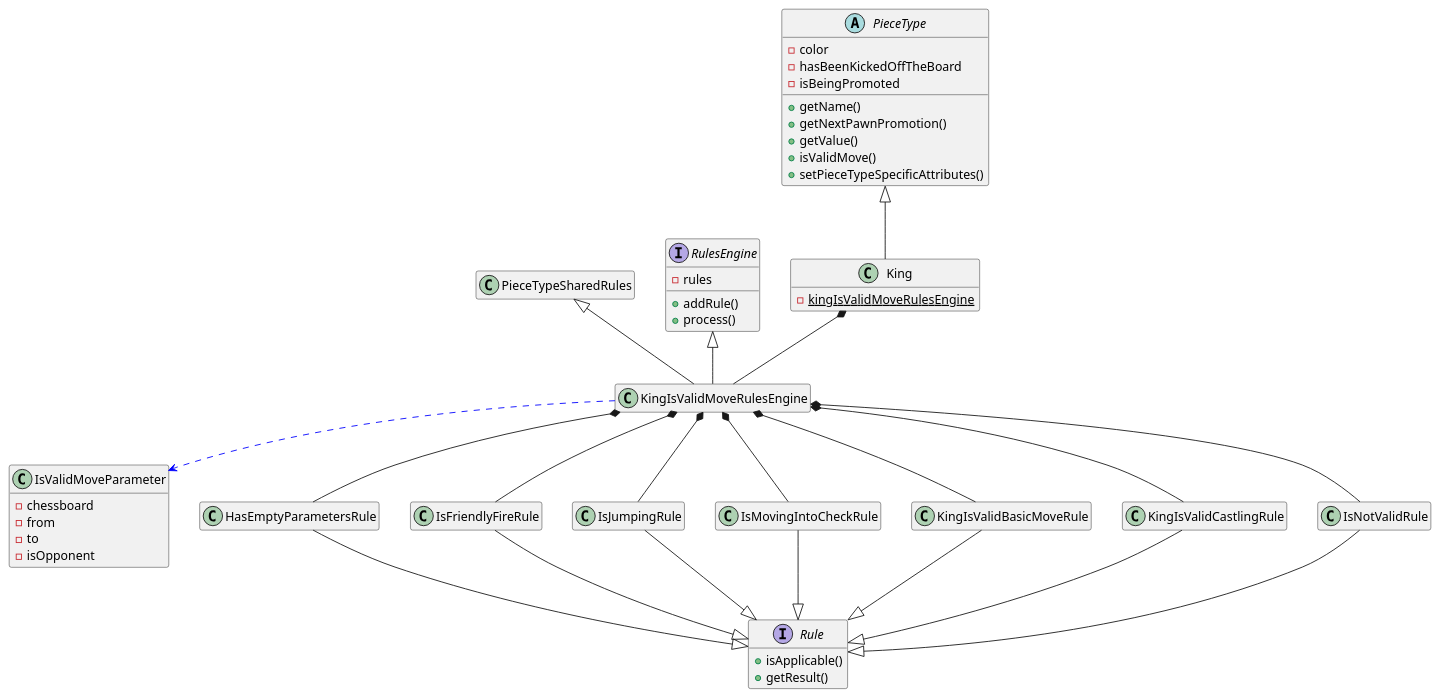
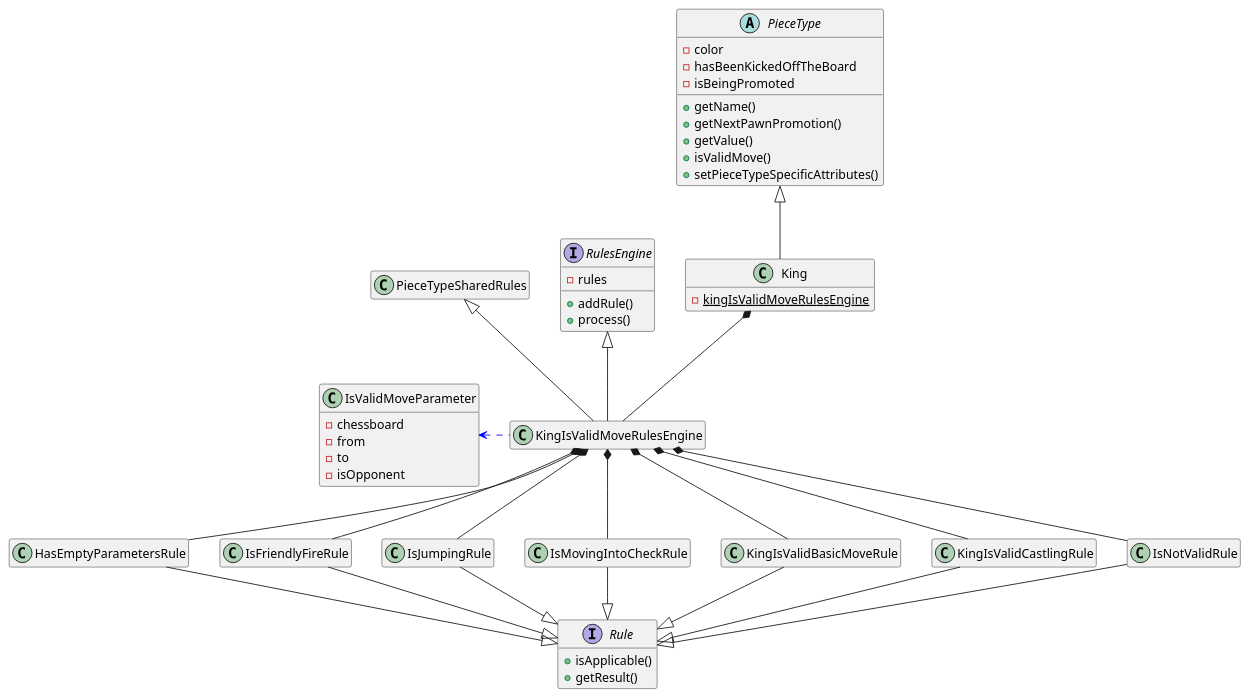
The diagram in game/src/main/resources/uml/king.puml (tiktaalick/chess-with-database), drawn with PlantUML before and after one commit. The commit also changed 4 other files, not shown here.

Commit message:
* Added PlantUML class diagrams describing the queen and rook packages.

```diff
--- a/game/src/main/resources/uml/king.puml
+++ b/game/src/main/resources/uml/king.puml
@@ -1,67 +1,67 @@
 @startuml
 
 '--------------'
 'Hidden members'
 '--------------'
 hide empty members
 
 '----'
 'Move'
 '----'
 abstract class PieceType {
     - color
     - hasBeenKickedOffTheBoard
     - isBeingPromoted
     + getName()
     + getNextPawnPromotion()
     + getValue()
     + isValidMove()
     + setPieceTypeSpecificAttributes()
 }
 
 class King {
     - {static} kingIsValidMoveRulesEngine
 }
 
 class IsValidMoveParameter {
     - chessboard
     - from
     - to
     - isOpponent
 }
 
 interface RulesEngine {
     - rules
     + addRule()
     + process()
 }
 
 interface Rule {
     + isApplicable()
     + getResult()
 }
 
 '---------'
 'Relations'
 '---------'
 PieceType <|-down- King
 King *-- KingIsValidMoveRulesEngine
 KingIsValidMoveRulesEngine -up-|> RulesEngine
 KingIsValidMoveRulesEngine -up-|> PieceTypeSharedRules
-KingIsValidMoveRulesEngine .down[#blue].> IsValidMoveParameter
+KingIsValidMoveRulesEngine .left[#blue].> IsValidMoveParameter
 HasEmptyParametersRule -up-* KingIsValidMoveRulesEngine
 IsFriendlyFireRule -up-* KingIsValidMoveRulesEngine
 IsJumpingRule -up-* KingIsValidMoveRulesEngine
 IsMovingIntoCheckRule -up-* KingIsValidMoveRulesEngine
 KingIsValidBasicMoveRule -up-* KingIsValidMoveRulesEngine
 KingIsValidCastlingRule -up-* KingIsValidMoveRulesEngine
 IsNotValidRule -up-* KingIsValidMoveRulesEngine
 HasEmptyParametersRule --|> Rule
 IsFriendlyFireRule --|> Rule
 IsJumpingRule --|> Rule
 IsMovingIntoCheckRule --|> Rule
 KingIsValidBasicMoveRule --|> Rule
 KingIsValidCastlingRule --|> Rule
 IsNotValidRule --|> Rule
 
 @enduml
```
